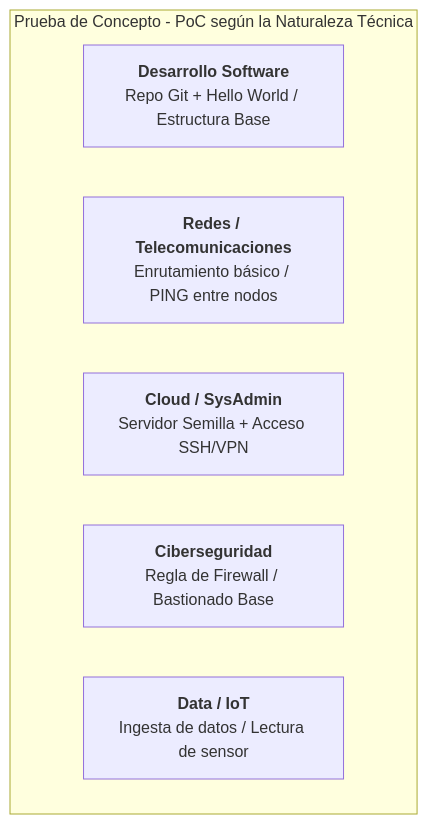
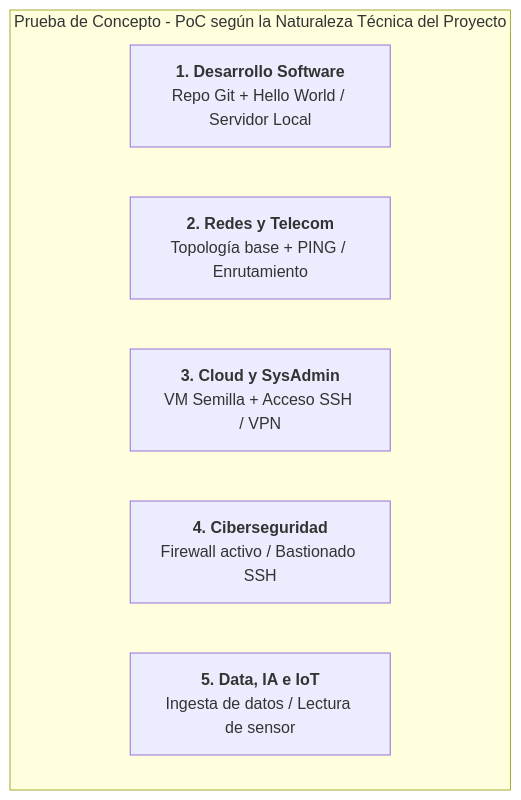
One commit to fencgut961/PI_26_27 changed diagram 13 of 13 in RA1.md. Above: the diagram before and after it, drawn with Mermaid. The commit also changed other lines of this file, not shown here.

````diff
--- a/RA1.md
+++ b/RA1.md
@@ -411,11 +413,11 @@
 ```mermaid
 flowchart LR
-    subgraph PoC_Types ["Prueba de Concepto - PoC según la Naturaleza Técnica"]
+    subgraph PoC_Types ["Prueba de Concepto - PoC según la Naturaleza Técnica del Proyecto"]
         direction LR
-        P_SW["<b>Desarrollo Software</b><br/>Repo Git + Hello World / Estructura Base"]
-        P_NET["<b>Redes / Telecomunicaciones</b><br/>Enrutamiento básico / PING entre nodos"]
-        P_CLOUD["<b>Cloud / SysAdmin</b><br/>Servidor Semilla + Acceso SSH/VPN"]
-        P_SEC["<b>Ciberseguridad</b><br/>Regla de Firewall / Bastionado Base"]
-        P_DATA["<b>Data / IoT</b><br/>Ingesta de datos / Lectura de sensor"]
+        P_SW["<b>1. Desarrollo Software</b><br/>Repo Git + Hello World / Servidor Local"]
+        P_NET["<b>2. Redes y Telecom</b><br/>Topología base + PING / Enrutamiento"]
+        P_CLOUD["<b>3. Cloud y SysAdmin</b><br/>VM Semilla + Acceso SSH / VPN"]
+        P_SEC["<b>4. Ciberseguridad</b><br/>Firewall activo / Bastionado SSH"]
+        P_DATA["<b>5. Data, IA e IoT</b><br/>Ingesta de datos / Lectura de sensor"]
     end
 ```
````
